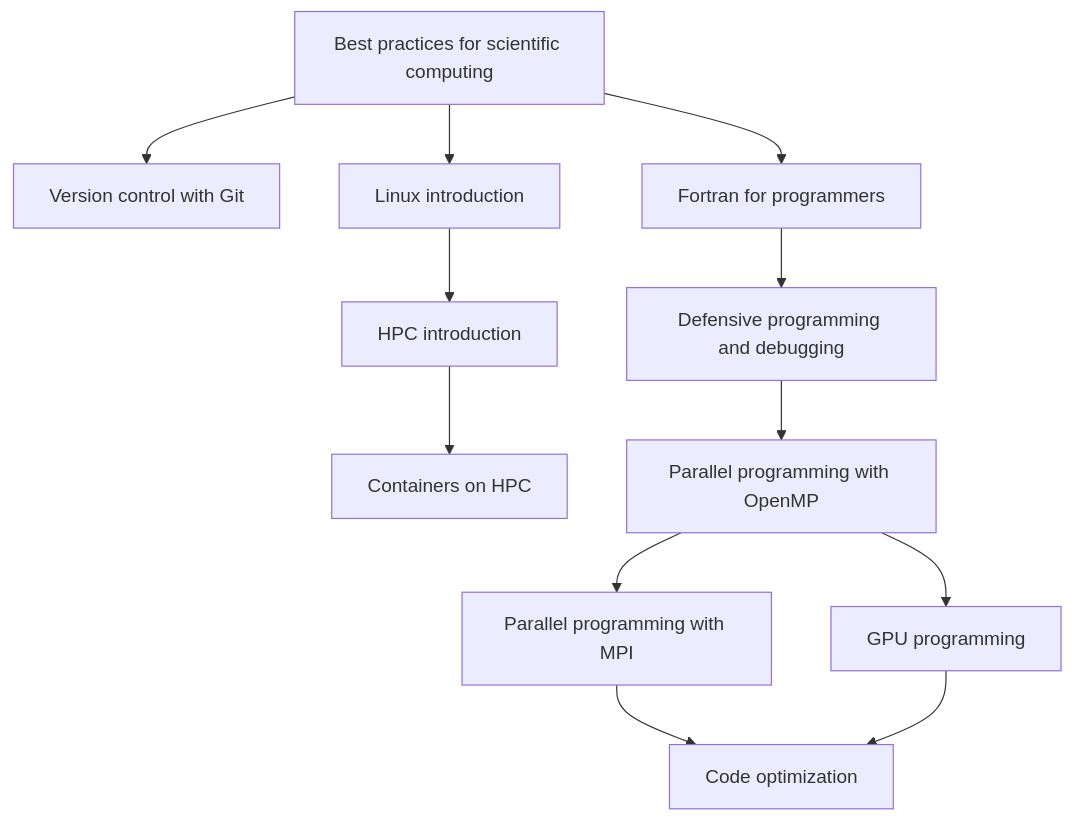
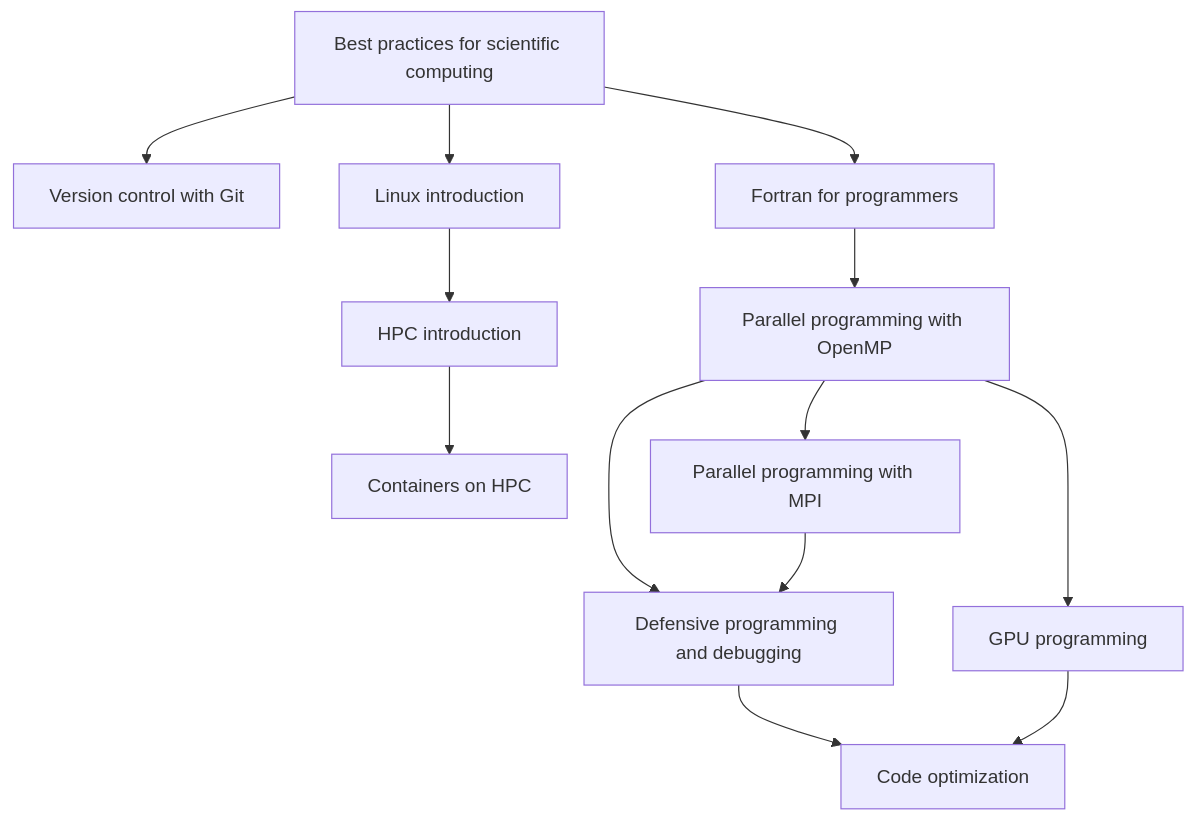
The diagram in docs/learning_path_hpc_application_development_fortran.md (gjbex/Training-sessions), drawn with Mermaid before and after one commit. The commit also changed other lines of this file and 2 other files, not shown here.

Commit message:
Swap dependencies of parallel programming and defensive programming and debugging

````diff
--- a/docs/learning_path_hpc_application_development_fortran.md
+++ b/docs/learning_path_hpc_application_development_fortran.md
@@ -6,25 +6,26 @@
 ```mermaid
 graph TD
   Best_practices_for_scientific_computing[Best practices for scientific computing] --> Version_control_with_git[Version control with Git]
   Best_practices_for_scientific_computing --> Linux_intro[Linux introduction]
   Linux_intro --> HPC_intro[HPC introduction]
   HPC_intro --> Containers_on_HPC[Containers on HPC]
   Best_practices_for_scientific_computing --> Fortran_for_programmers[Fortran for programmers]
-  Fortran_for_programmers --> Defensive_programming_and_debugging[Defensive programming and debugging]
-  Defensive_programming_and_debugging --> Parallel_programming_with_OpenMP[Parallel programming with OpenMP]
+  Fortran_for_programmers --> Parallel_programming_with_OpenMP[Parallel programming with OpenMP]
   Parallel_programming_with_OpenMP --> Parallel_programming_with_MPI[Parallel programming with MPI]
-  Parallel_programming_with_MPI --> Code_optimization[Code optimization]
+  Parallel_programming_with_OpenMP --> Defensive_programming_and_debugging[Defensive programming and debugging]
+  Parallel_programming_with_MPI --> Defensive_programming_and_debugging
+  Defensive_programming_and_debugging --> Code_optimization[Code optimization]
   Parallel_programming_with_OpenMP --> GPU_programming[GPU programming]
   GPU_programming --> Code_optimization
   click Best_practices_for_scientific_computing "https://gjbex.github.io/Best-practices-for-scientific-computing/" "Best practices for scientific computing"
   click Version_control_with_git "https://gjbex.github.io/Version-control-with-git" "Version control with Git"
   click Linux_intro "https://gjbex.github.io/Training-sessions/linux_intro" "Linux introduction"
   click HPC_intro "https://gjbex.github.io/Training-sessions/hpc_intro" "HPC introduction"
   click Containers_on_HPC "https://gjbex.github.io/Containers-for-HPC/" "Containers on HPC"
   click Fortran_for_programmers "https://gjbex.github.io/Fortran-for-programmers/" "Fortran for programmers"
   click Defensive_programming_and_debugging "https://gjbex.github.io/Defensive-programming-and-debugging/" "Defensive programming and debugging"
   click Parallel_programming_with_OpenMP "https://gjbex.github.io/Training-sessions/parallel_programming_with_openmp" "Parallel programming with OpenMP"
   click Parallel_programming_with_MPI "https://gjbex.github.io/Training-sessions/parallel_programming_with_mpi" "Parallel programming with MPI"
   click GPU_programming "https://gjbex.github.io/GPU-programming/" "GPU programming"
   click Code_optimization "https://gjbex.github.io/Code-optimization/" "Code optimization"
 ```
````
